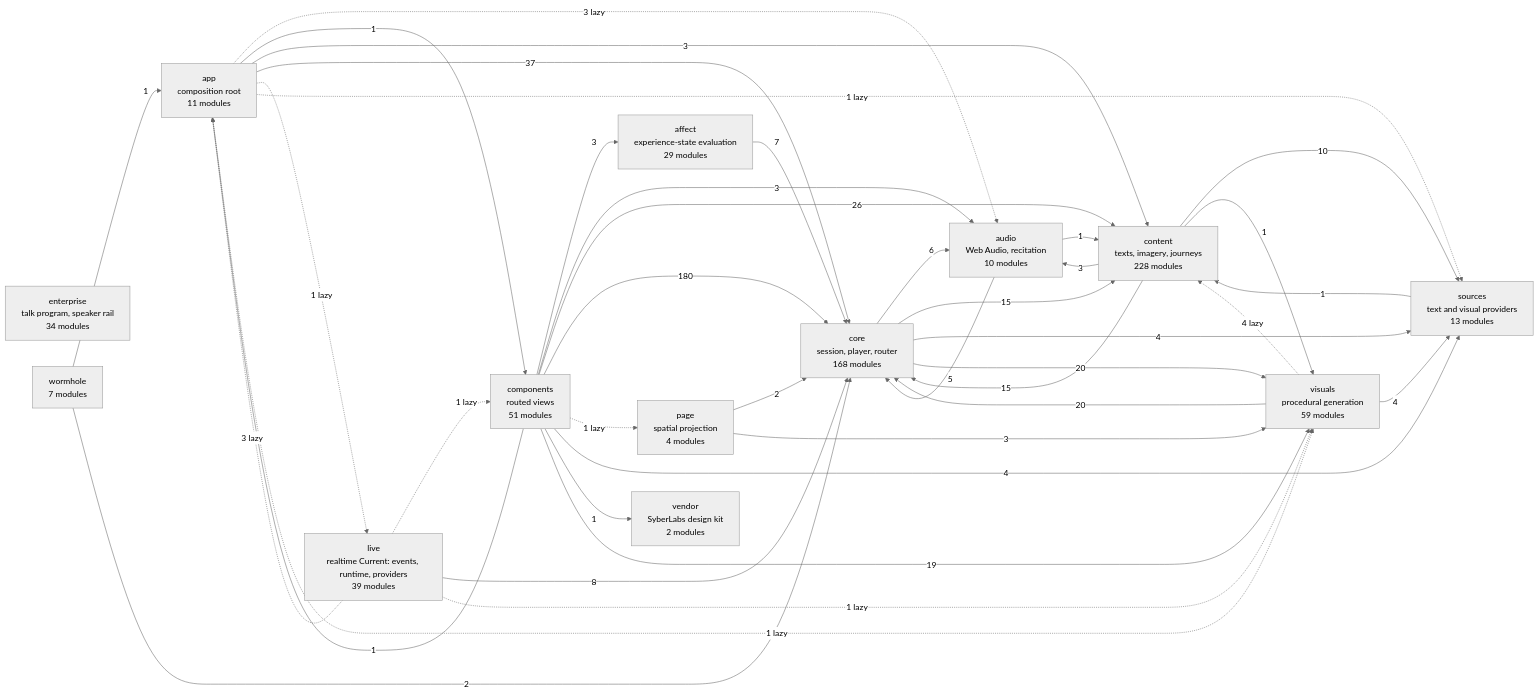
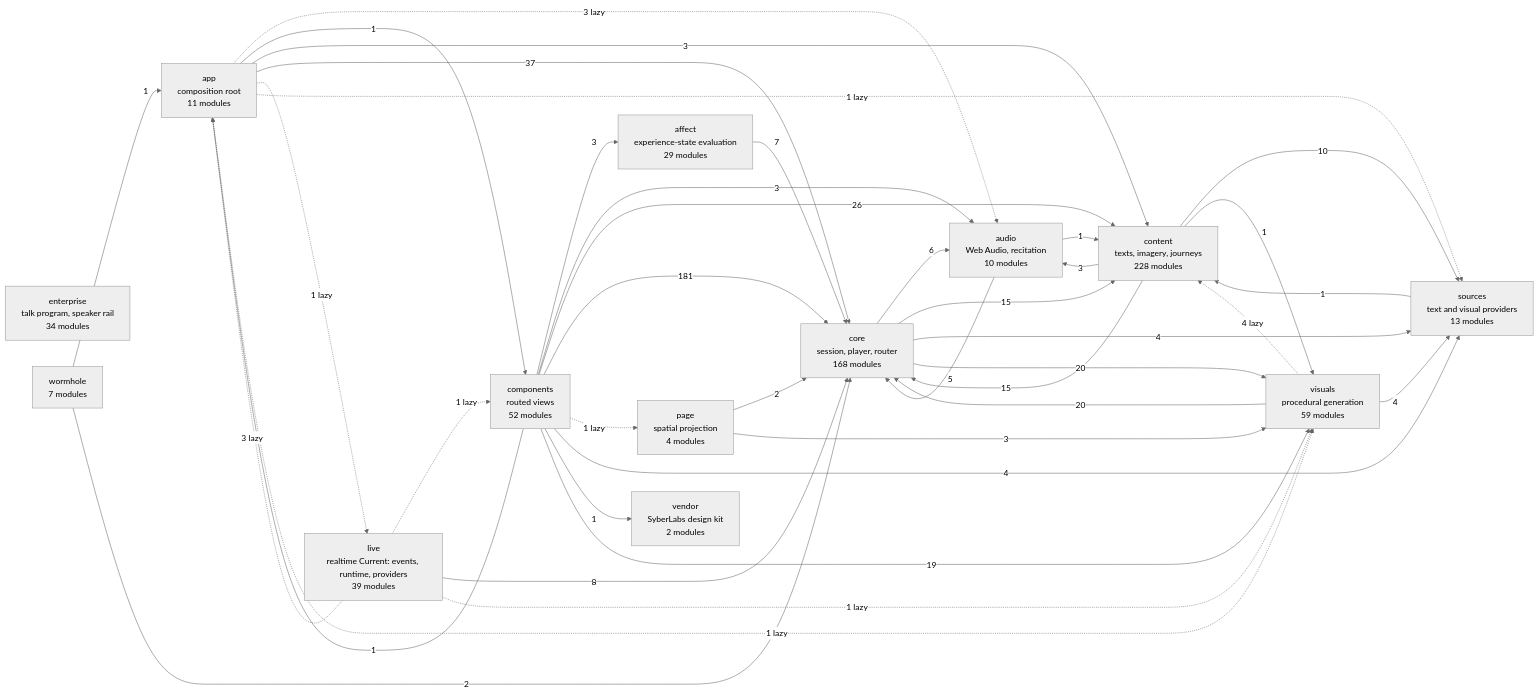
The diagram in docs/specs/ARCHITECTURE.md (SyberLabs/RISE), drawn with Mermaid (neutral theme) before and after one commit. The commit also changed 4 other files, not shown here.

````diff
--- a/docs/specs/ARCHITECTURE.md
+++ b/docs/specs/ARCHITECTURE.md
@@ -160,56 +160,56 @@
 ```mermaid
 flowchart LR
     affect["affect<br/>experience-state evaluation<br/>29 modules"]
     app["app<br/>composition root<br/>11 modules"]
     audio["audio<br/>Web Audio, recitation<br/>10 modules"]
-    components["components<br/>routed views<br/>51 modules"]
+    components["components<br/>routed views<br/>52 modules"]
     content["content<br/>texts, imagery, journeys<br/>228 modules"]
     core["core<br/>session, player, router<br/>168 modules"]
     enterprise["enterprise<br/>talk program, speaker rail<br/>34 modules"]
     live["live<br/>realtime Current: events, runtime, providers<br/>39 modules"]
     page["page<br/>spatial projection<br/>4 modules"]
     sources["sources<br/>text and visual providers<br/>13 modules"]
     vendor["vendor<br/>SyberLabs design kit<br/>2 modules"]
     visuals["visuals<br/>procedural generation<br/>59 modules"]
     wormhole["wormhole<br/>7 modules"]
 
     affect --> |7| core
     app -.-> |3 lazy| audio
     app --> |1| components
     app --> |3| content
     app --> |37| core
     app -.-> |1 lazy| live
     app -.-> |1 lazy| sources
     app -.-> |1 lazy| visuals
     audio --> |1| content
     audio --> |5| core
     components --> |3| affect
     components --> |1| app
     components --> |3| audio
     components --> |26| content
-    components --> |180| core
+    components --> |181| core
     components -.-> |1 lazy| page
     components --> |4| sources
     components --> |1| vendor
     components --> |19| visuals
     content --> |3| audio
     content --> |15| core
     content --> |10| sources
     content --> |1| visuals
     core --> |6| audio
     core --> |15| content
     core --> |4| sources
     core --> |20| visuals
     live -.-> |3 lazy| app
     live -.-> |1 lazy| components
     live --> |8| core
     live -.-> |1 lazy| visuals
     page --> |2| core
     page --> |3| visuals
     sources --> |1| content
     visuals -.-> |4 lazy| content
     visuals --> |20| core
     visuals --> |4| sources
     wormhole --> |1| app
     wormhole --> |2| core
 ```
````
